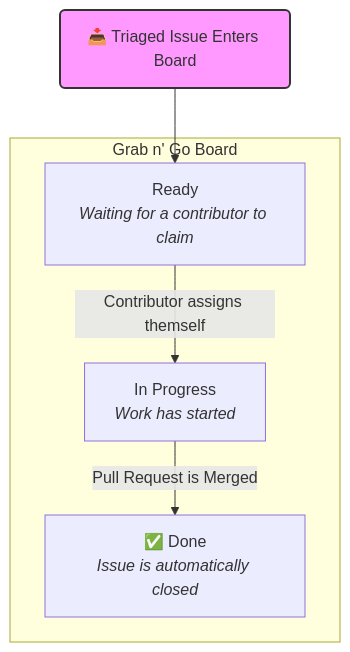
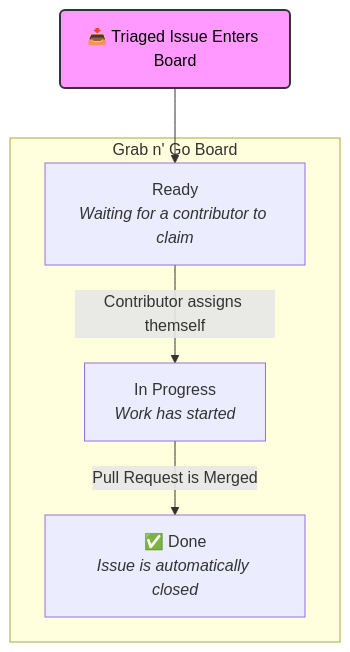
Before and after one commit to midnightntwrk/midnight-docs: the third of 3 diagrams in blog/2025-09-15-community-hub.mdx, drawn with Mermaid. The commit also changed 1 other file, not shown here.

Commit message:
fix: update mermaid diagrams to address accessibility issue

````diff
--- a/blog/2025-09-15-community-hub.mdx
+++ b/blog/2025-09-15-community-hub.mdx
@@ -51,14 +51,16 @@
 ```mermaid
 graph TD;
     A(📥 Triaged Issue Enters Board) --> B["Ready<br/><i>Waiting for a contributor to claim</i>"];
     B -->|Contributor assigns themself| C["In Progress<br/><i>Work has started</i>"];
     C -->|Pull Request is Merged| D["✅ Done<br/><i>Issue is automatically closed</i>"];
 
     subgraph "Grab n' Go Board"
         B
         C
         D
     end
 
-    style A fill:#f9f,stroke:#333,stroke-width:2px
+    classDef pink fill:#f9f,stroke:#333,stroke-width:2px,color:#000
+
+    class A pink
 ```
````
